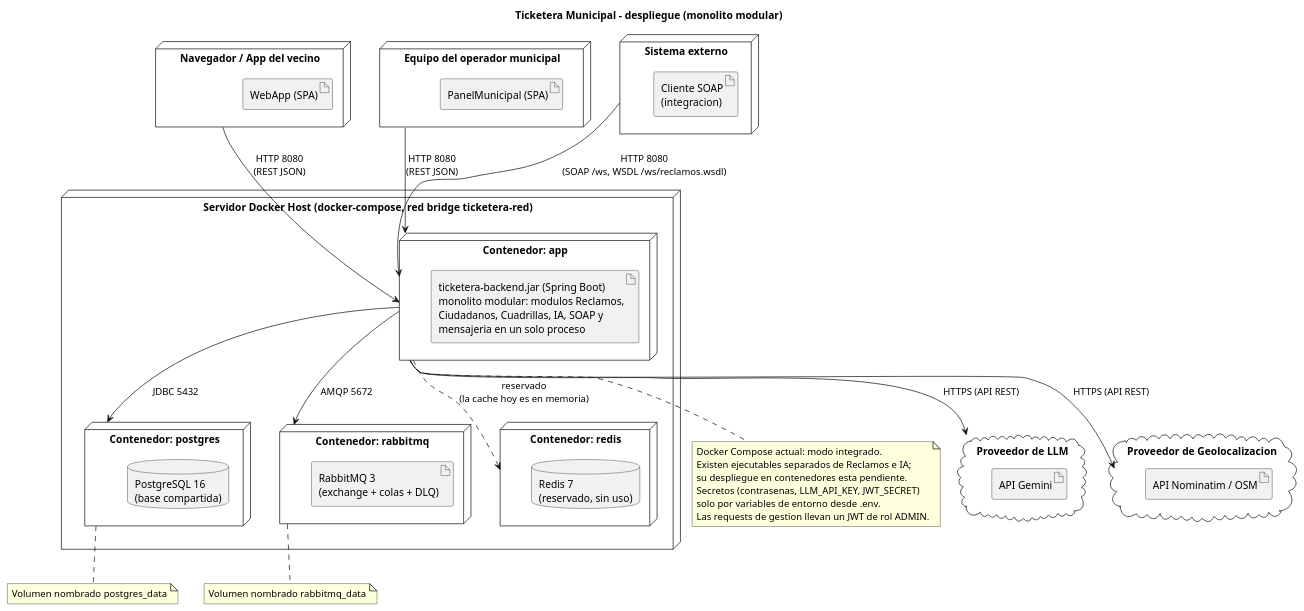
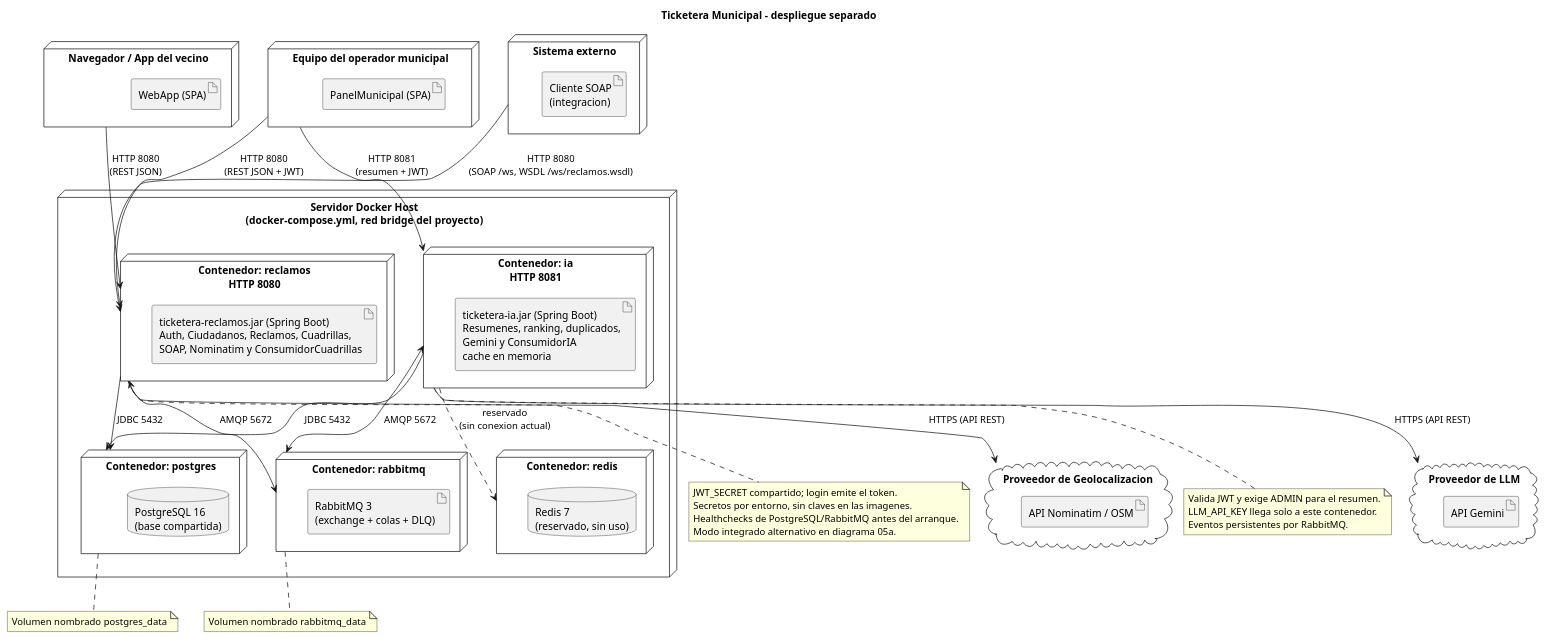
Before and after one commit to francolovera24/Backend-TicketeraMunicipal-DDA2: the diagram in docs/05_diagrama_despliegue.puml, drawn with PlantUML. The commit also changed 10 other files, not shown here.

First line of the commit message:
Desplegar Reclamos e IA en contenedores separados

```diff
--- a/docs/05_diagrama_despliegue.puml
+++ b/docs/05_diagrama_despliegue.puml
@@ -1,69 +1,80 @@
 @startuml
-title Ticketera Municipal - despliegue (monolito modular)
+title Ticketera Municipal - despliegue separado
 
 node "Navegador / App del vecino" as ClienteVecino {
     artifact "WebApp (SPA)" as artWebApp
 }
 
 node "Equipo del operador municipal" as ClienteMunicipal {
     artifact "PanelMunicipal (SPA)" as artPanel
 }
 
 node "Sistema externo" as ClienteSoap {
     artifact "Cliente SOAP\n(integracion)" as artSoap
 }
 
-node "Servidor Docker Host (docker-compose, red bridge ticketera-red)" as DockerHost {
+node "Servidor Docker Host\n(docker-compose.yml, red bridge del proyecto)" as DockerHost {
 
-    node "Contenedor: app" as AppContainer {
-        artifact "ticketera-backend.jar (Spring Boot)\nmonolito modular: modulos Reclamos,\nCiudadanos, Cuadrillas, IA, SOAP y\nmensajeria en un solo proceso" as artApp
+    node "Contenedor: reclamos\nHTTP 8080" as ReclamosContainer {
+        artifact "ticketera-reclamos.jar (Spring Boot)\nAuth, Ciudadanos, Reclamos, Cuadrillas,\nSOAP, Nominatim y ConsumidorCuadrillas" as artReclamos
+    }
+
+    node "Contenedor: ia\nHTTP 8081" as IAContainer {
+        artifact "ticketera-ia.jar (Spring Boot)\nResumenes, ranking, duplicados,\nGemini y ConsumidorIA\ncache en memoria" as artIA
     }
 
     node "Contenedor: postgres" as PgContainer {
         database "PostgreSQL 16\n(base compartida)" as artDB
     }
 
     node "Contenedor: rabbitmq" as MqContainer {
         artifact "RabbitMQ 3\n(exchange + colas + DLQ)" as artMq
     }
 
     node "Contenedor: redis" as RedisContainer {
         database "Redis 7\n(reservado, sin uso)" as artRedis
     }
 }
 
 cloud "Proveedor de LLM" as NodoLLM {
     artifact "API Gemini" as artLLM
 }
 
 cloud "Proveedor de Geolocalizacion" as NodoGeo {
     artifact "API Nominatim / OSM" as artGeo
 }
 
-note bottom of AppContainer
-  Docker Compose actual: modo integrado.
-  Existen ejecutables separados de Reclamos e IA;
-  su despliegue en contenedores esta pendiente.
-  Secretos (contrasenas, LLM_API_KEY, JWT_SECRET)
-  solo por variables de entorno desde .env.
-  Las requests de gestion llevan un JWT de rol ADMIN.
+note bottom of ReclamosContainer
+  JWT_SECRET compartido; login emite el token.
+  Secretos por entorno, sin claves en las imagenes.
+  Healthchecks de PostgreSQL/RabbitMQ antes del arranque.
+  Modo integrado alternativo en diagrama 05a.
+end note
+
+note bottom of IAContainer
+  Valida JWT y exige ADMIN para el resumen.
+  LLM_API_KEY llega solo a este contenedor.
+  Eventos persistentes por RabbitMQ.
 end note
 
 note bottom of PgContainer
   Volumen nombrado postgres_data
 end note
 
 note bottom of MqContainer
   Volumen nombrado rabbitmq_data
 end note
 
-ClienteVecino --> AppContainer : HTTP 8080\n(REST JSON)
-ClienteMunicipal --> AppContainer : HTTP 8080\n(REST JSON)
-ClienteSoap --> AppContainer : HTTP 8080\n(SOAP /ws, WSDL /ws/reclamos.wsdl)
+ClienteVecino --> ReclamosContainer : HTTP 8080\n(REST JSON)
+ClienteMunicipal --> ReclamosContainer : HTTP 8080\n(REST JSON + JWT)
+ClienteMunicipal --> IAContainer : HTTP 8081\n(resumen + JWT)
+ClienteSoap --> ReclamosContainer : HTTP 8080\n(SOAP /ws, WSDL /ws/reclamos.wsdl)
 
-AppContainer --> PgContainer : JDBC 5432
-AppContainer --> MqContainer : AMQP 5672
-AppContainer ..> RedisContainer : reservado\n(la cache hoy es en memoria)
-AppContainer --> NodoLLM : HTTPS (API REST)
-AppContainer --> NodoGeo : HTTPS (API REST)
+ReclamosContainer --> PgContainer : JDBC 5432
+IAContainer --> PgContainer : JDBC 5432
+ReclamosContainer <--> MqContainer : AMQP 5672
+IAContainer <--> MqContainer : AMQP 5672
+IAContainer ..> RedisContainer : reservado\n(sin conexion actual)
+IAContainer --> NodoLLM : HTTPS (API REST)
+ReclamosContainer --> NodoGeo : HTTPS (API REST)
 @enduml
```
